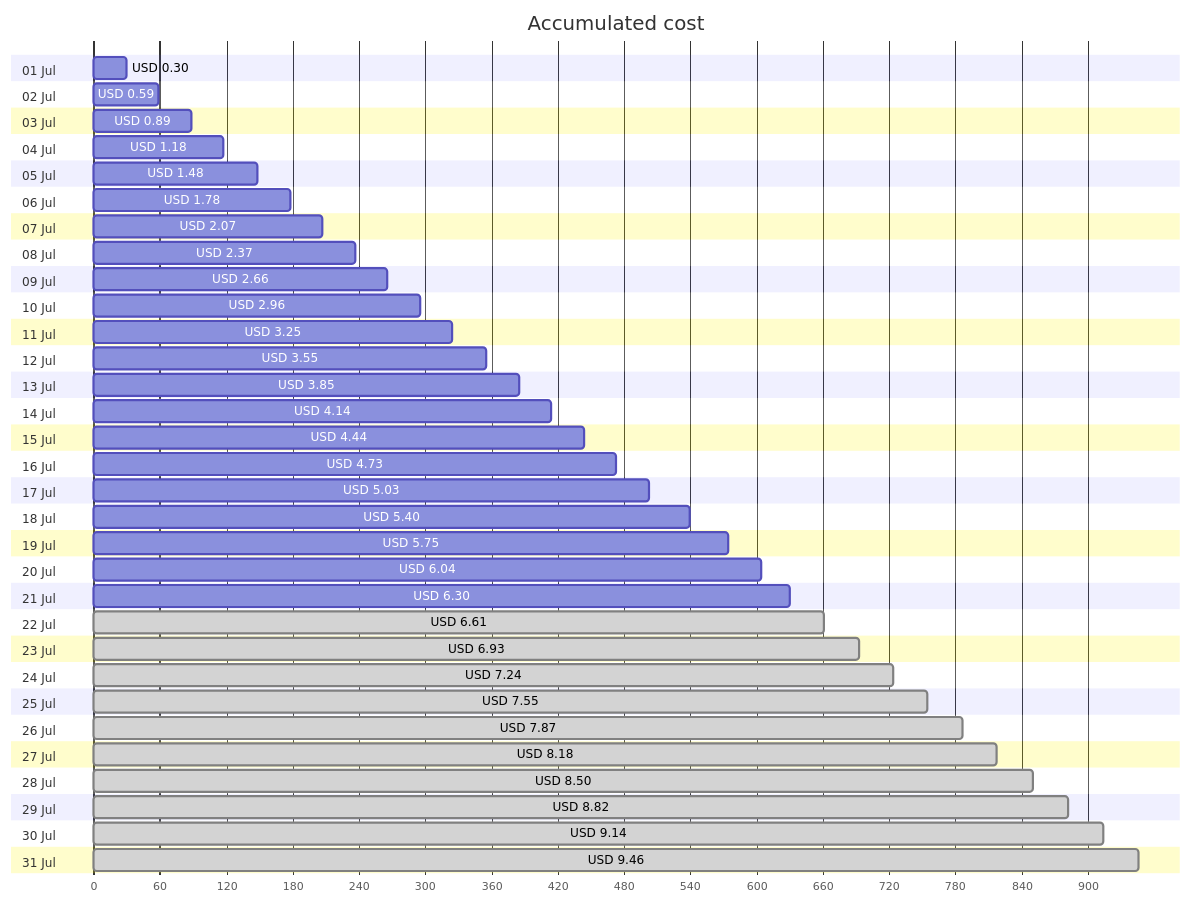
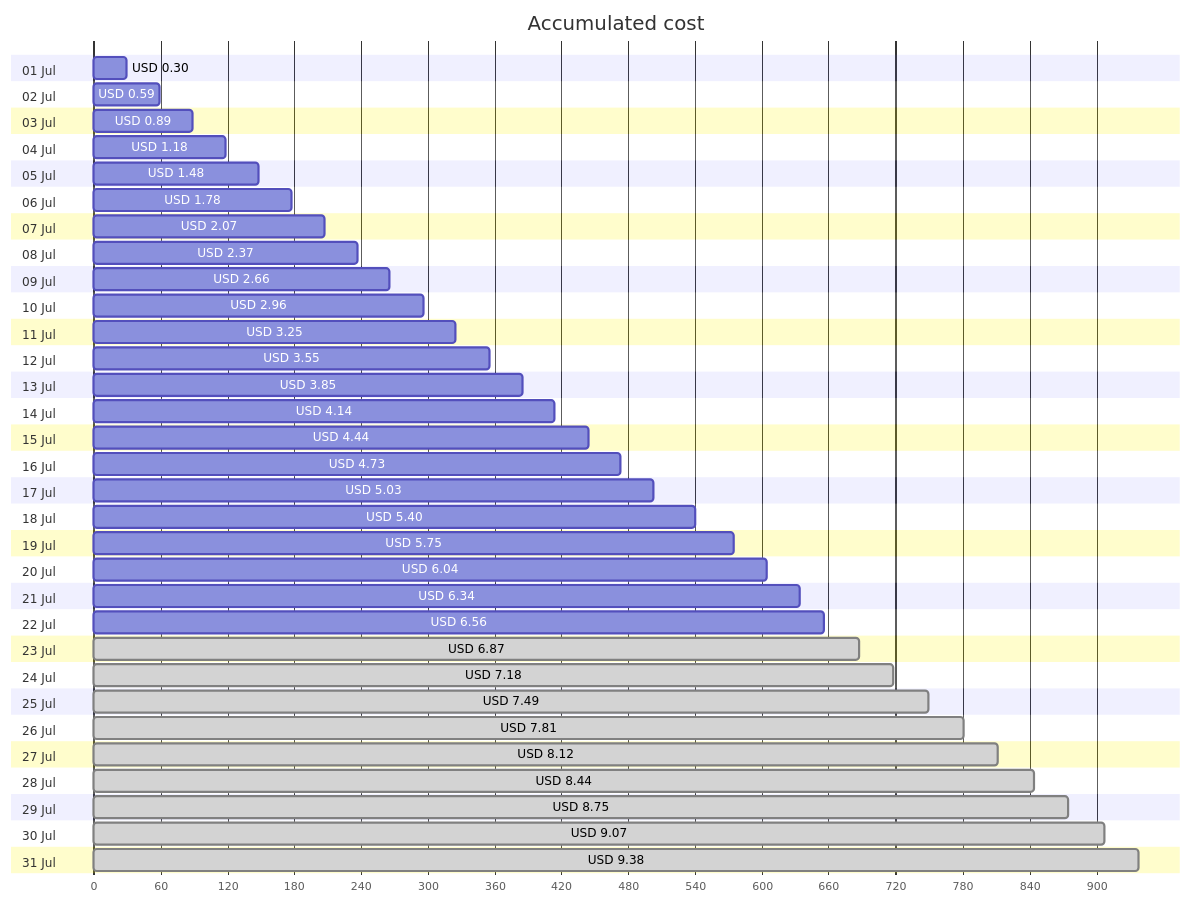
The first of 4 diagrams in cost-reports/personal-site/personal-site-preview.md (jpfulton/azure-personal-reports), drawn with Mermaid before and after one commit. The commit also changed other lines of this file and 6 other files, not shown here.

````diff
--- a/cost-reports/personal-site/personal-site-preview.md
+++ b/cost-reports/personal-site/personal-site-preview.md
@@ -20,68 +20,68 @@
 ```mermaid
 gantt
    title Accumulated cost
    dateFormat  X
    axisFormat %s
    section 01 Jul
    USD 0.30 :0, 30
    section 02 Jul
    USD 0.59 :0, 59
    section 03 Jul
    USD 0.89 :0, 89
    section 04 Jul
    USD 1.18 :0, 118
    section 05 Jul
    USD 1.48 :0, 148
    section 06 Jul
    USD 1.78 :0, 178
    section 07 Jul
    USD 2.07 :0, 207
    section 08 Jul
    USD 2.37 :0, 237
    section 09 Jul
    USD 2.66 :0, 266
    section 10 Jul
    USD 2.96 :0, 296
    section 11 Jul
    USD 3.25 :0, 325
    section 12 Jul
    USD 3.55 :0, 355
    section 13 Jul
    USD 3.85 :0, 385
    section 14 Jul
    USD 4.14 :0, 414
    section 15 Jul
    USD 4.44 :0, 444
    section 16 Jul
    USD 4.73 :0, 473
    section 17 Jul
    USD 5.03 :0, 503
    section 18 Jul
    USD 5.40 :0, 540
    section 19 Jul
    USD 5.75 :0, 575
    section 20 Jul
    USD 6.04 :0, 604
    section 21 Jul
-   USD 6.30 :0, 630
+   USD 6.34 :0, 634
    section 22 Jul
-   USD 6.61 : done, 0, 661
+   USD 6.56 :0, 656
    section 23 Jul
-   USD 6.93 : done, 0, 693
+   USD 6.87 : done, 0, 687
    section 24 Jul
-   USD 7.24 : done, 0, 724
+   USD 7.18 : done, 0, 718
    section 25 Jul
-   USD 7.55 : done, 0, 755
+   USD 7.49 : done, 0, 749
    section 26 Jul
-   USD 7.87 : done, 0, 787
+   USD 7.81 : done, 0, 781
    section 27 Jul
-   USD 8.18 : done, 0, 818
+   USD 8.12 : done, 0, 812
    section 28 Jul
-   USD 8.50 : done, 0, 850
+   USD 8.44 : done, 0, 844
    section 29 Jul
-   USD 8.82 : done, 0, 882
+   USD 8.75 : done, 0, 875
    section 30 Jul
-   USD 9.14 : done, 0, 914
+   USD 9.07 : done, 0, 907
    section 31 Jul
-   USD 9.46 : done, 0, 946
+   USD 9.38 : done, 0, 938
 ```
````
